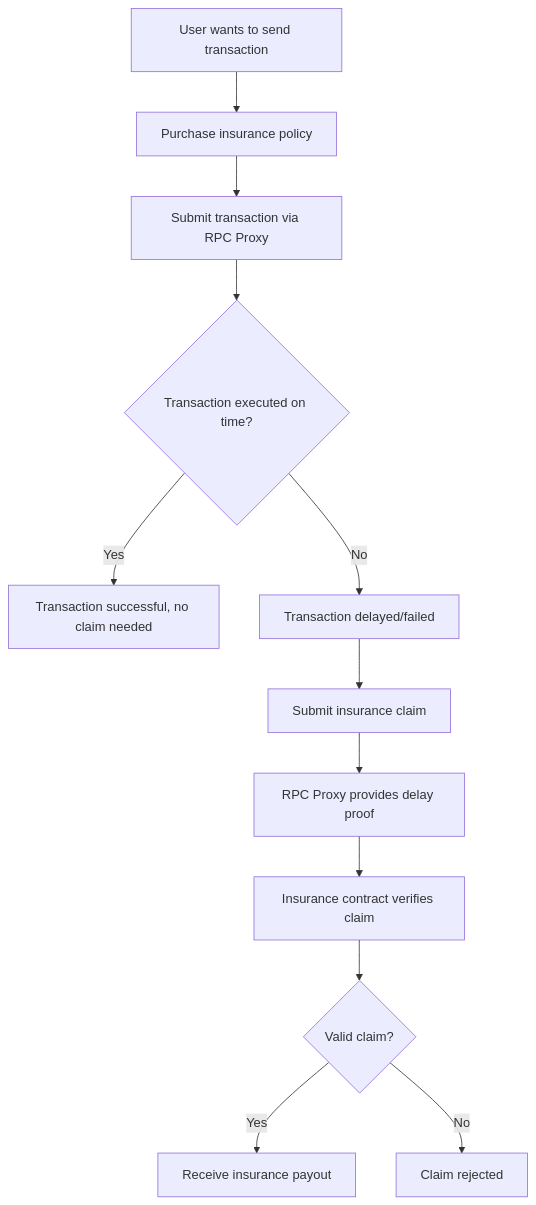
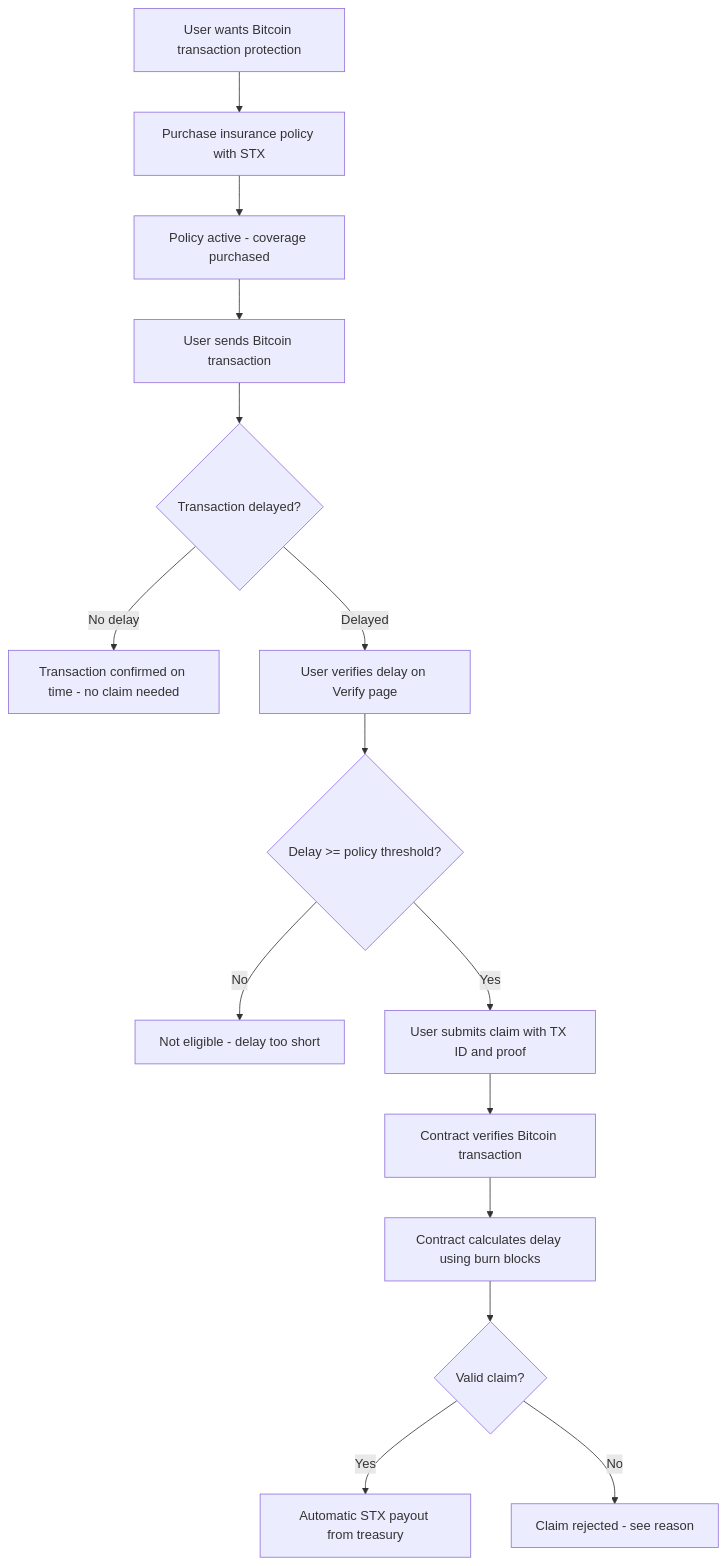
The fourth of 4 diagrams in README.md (AmaanSayyad/HyperInsure), drawn with Mermaid before and after one commit. The commit also changed other lines of this file and 1 other file, not shown here.

````diff
--- a/README.md
+++ b/README.md
@@ -141,14 +137,17 @@
 ```mermaid
 graph TD
-    A[User wants to send transaction] --> B[Purchase insurance policy]
-    B --> C[Submit transaction via RPC Proxy]
-    C --> D{Transaction executed on time?}
-    D -->|Yes| E[Transaction successful, no claim needed]
-    D -->|No| F[Transaction delayed/failed]
-    F --> G[Submit insurance claim]
-    G --> H[RPC Proxy provides delay proof]
-    H --> I[Insurance contract verifies claim]
-    I --> J{Valid claim?}
-    J -->|Yes| K[Receive insurance payout]
-    J -->|No| L[Claim rejected]
+    A[User wants Bitcoin transaction protection] --> B[Purchase insurance policy with STX]
+    B --> C[Policy active - coverage purchased]
+    C --> D[User sends Bitcoin transaction]
+    D --> E{Transaction delayed?}
+    E -->|No delay| F[Transaction confirmed on time - no claim needed]
+    E -->|Delayed| G[User verifies delay on Verify page]
+    G --> H{Delay >= policy threshold?}
+    H -->|No| I[Not eligible - delay too short]
+    H -->|Yes| J[User submits claim with TX ID and proof]
+    J --> K[Contract verifies Bitcoin transaction]
+    K --> L[Contract calculates delay using burn blocks]
+    L --> M{Valid claim?}
+    M -->|Yes| N[Automatic STX payout from treasury]
+    M -->|No| O[Claim rejected - see reason]
 ```
````
